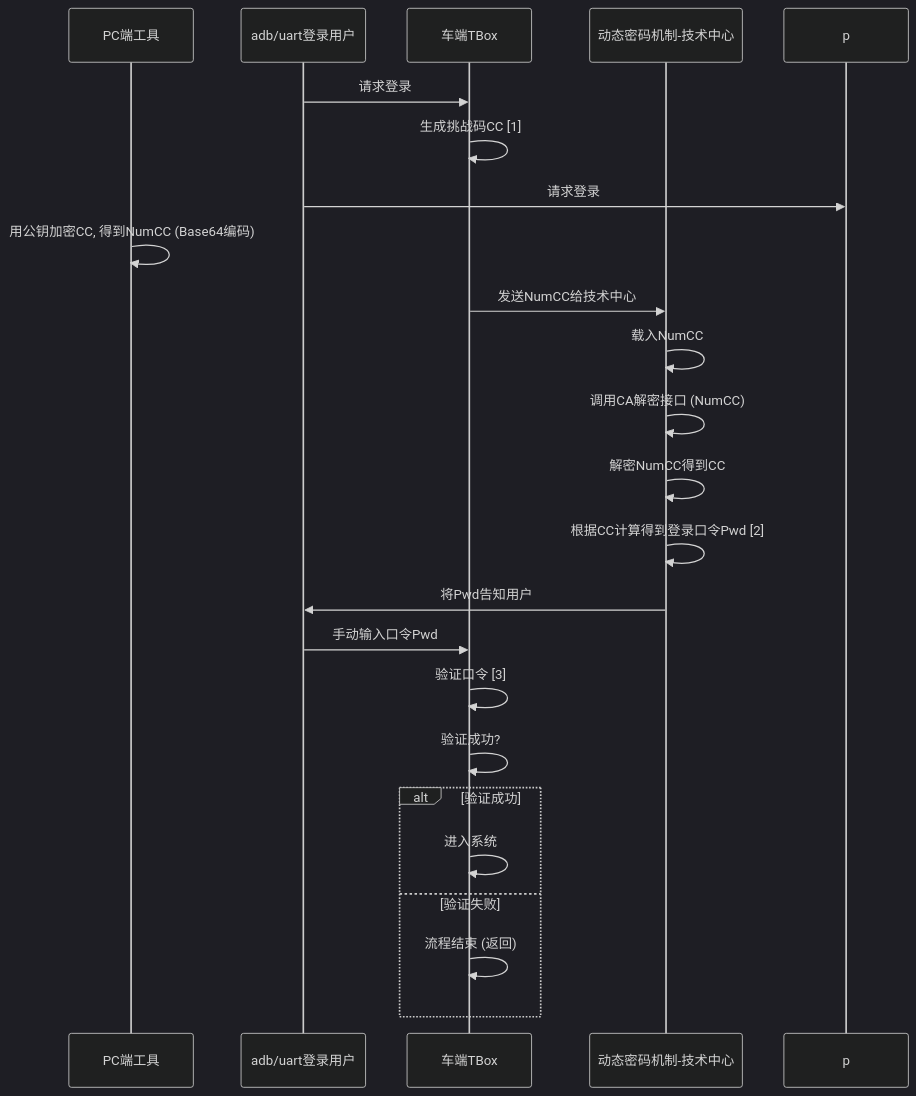
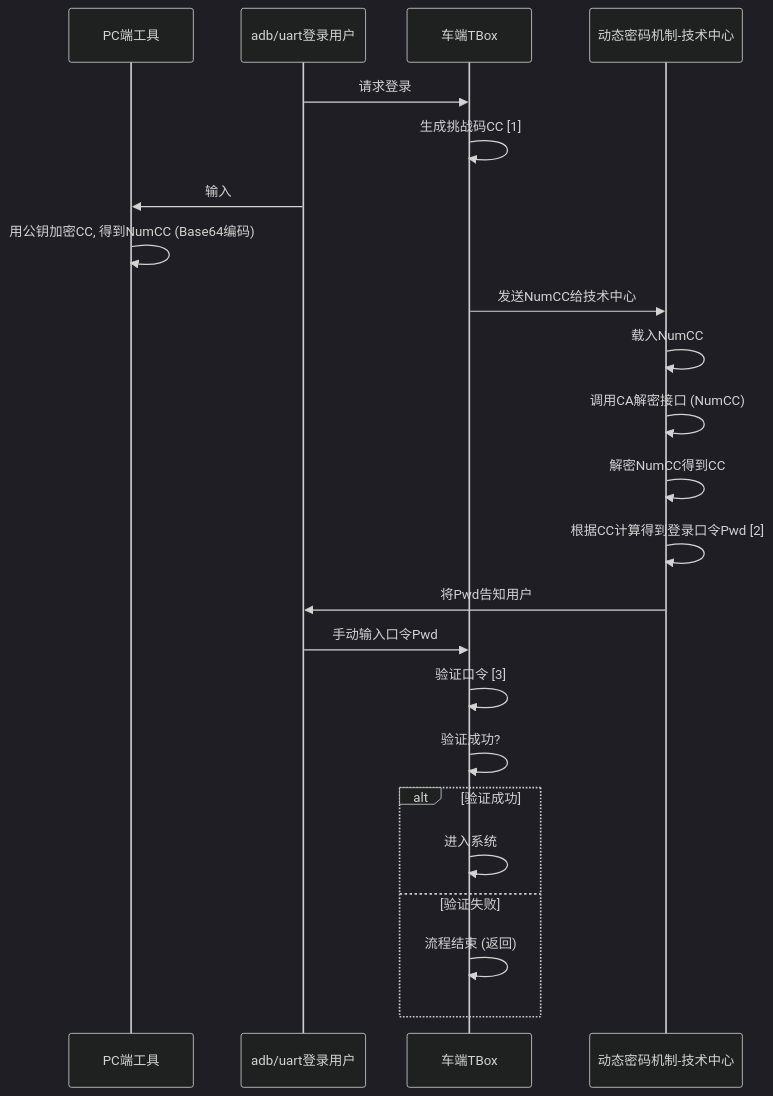
The diagram in all/未命名-13.md (facebook-cloud/iodraw-files), drawn with Mermaid (dark theme) before and after one commit.

Commit message:
2026-01-26 18:18:05 update

````diff
--- a/all/未命名-13.md
+++ b/all/未命名-13.md
@@ -1,29 +1,29 @@
 ```mermaid
 sequenceDiagram
     participant pc as PC端工具
     participant user as adb/uart登录用户
     participant tbox as 车端TBox
     participant tech_center as 动态密码机制-技术中心
   
 
     user->>tbox: 请求登录
     tbox->>tbox: 生成挑战码CC [1]
-    user->>p: 请求登录
+    user->>pc: 输入
     pc->>pc: 用公钥加密CC, 得到NumCC (Base64编码)
     tbox->>tech_center: 发送NumCC给技术中心
     tech_center->>tech_center: 载入NumCC
     tech_center->>tech_center: 调用CA解密接口 (NumCC)
     tech_center->>tech_center: 解密NumCC得到CC
     tech_center->>tech_center: 根据CC计算得到登录口令Pwd [2]
     tech_center->>user: 将Pwd告知用户
     user->>tbox: 手动输入口令Pwd
     tbox->>tbox: 验证口令 [3]
     tbox->>tbox: 验证成功?
     alt 验证成功
         tbox->>tbox: 进入系统
     else 验证失败
         tbox->>tbox: 流程结束 (返回)
     end
 
 
 ```
````
